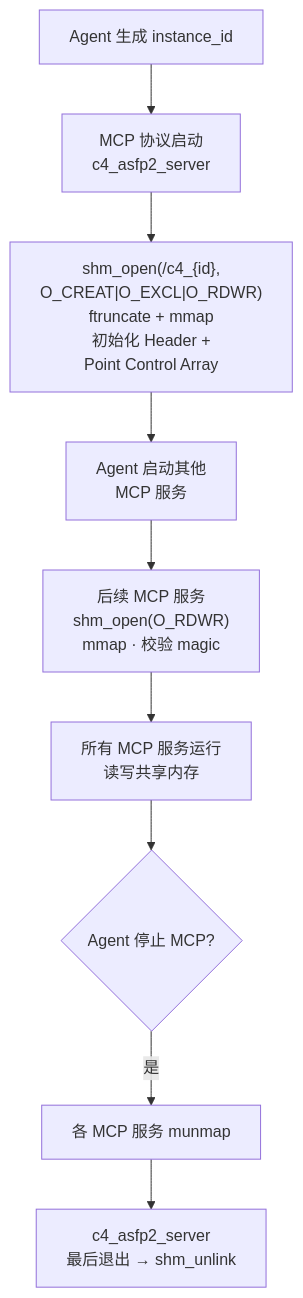
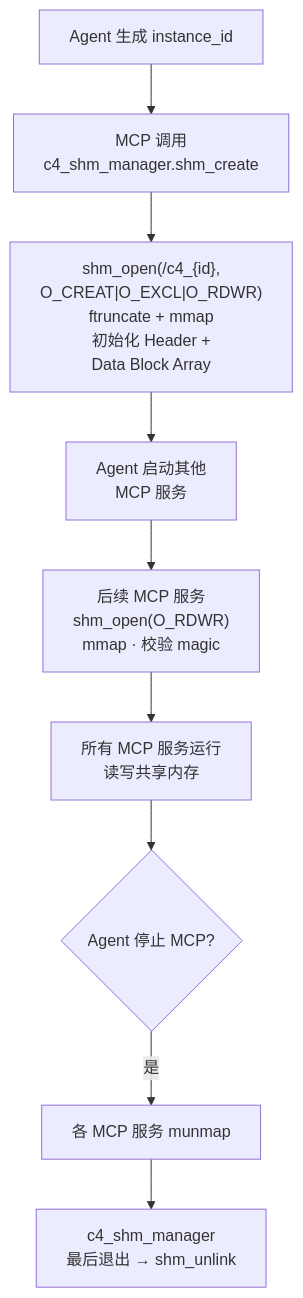
Before and after one commit to activesys/c4: the sixth of 10 diagrams in docs/design/c4_architecture.md, drawn with Mermaid. The commit also changed other lines of this file and 2 other files, not shown here.

````diff
--- a/docs/design/c4_architecture.md
+++ b/docs/design/c4_architecture.md
@@ -511,11 +564,11 @@
 ```mermaid
 flowchart TD
-    A["Agent 生成 instance_id"] --> B["MCP 协议启动<br/>c4_asfp2_server"]
-    B --> C["shm_open(/c4_{id},<br/>O_CREAT|O_EXCL|O_RDWR)<br/>ftruncate + mmap<br/>初始化 Header +<br/>Point Control Array"]
+    A["Agent 生成 instance_id"] --> B["MCP 调用<br/>c4_shm_manager.shm_create"]
+    B --> C["shm_open(/c4_{id},<br/>O_CREAT|O_EXCL|O_RDWR)<br/>ftruncate + mmap<br/>初始化 Header +<br/>Data Block Array"]
     C --> D["Agent 启动其他<br/>MCP 服务"]
     D --> E["后续 MCP 服务<br/>shm_open(O_RDWR)<br/>mmap · 校验 magic"]
     E --> F["所有 MCP 服务运行<br/>读写共享内存"]
     F --> G{"Agent 停止 MCP?"}
     G -->|"是"| H["各 MCP 服务 munmap"]
-    H --> I["c4_asfp2_server<br/>最后退出 → shm_unlink"]
+    H --> I["c4_shm_manager<br/>最后退出 → shm_unlink"]
 ```
````
